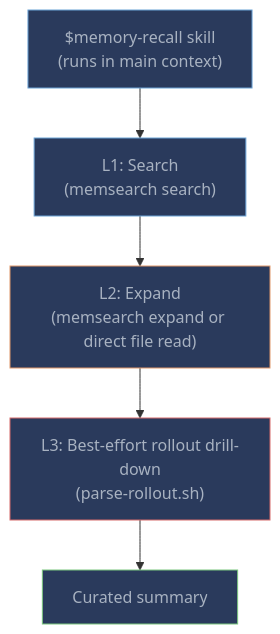
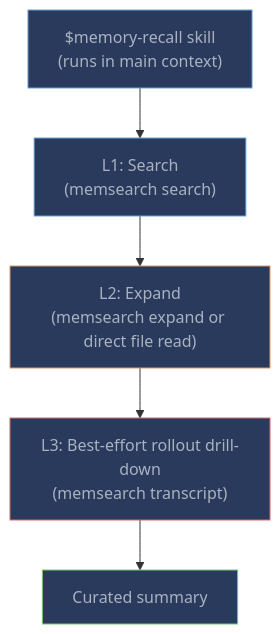
Before and after one commit to JingBh/memsearch: the diagram in docs/platforms/codex/memory-recall.md, drawn with Mermaid. The commit also changed other lines of this file and 78 other files, not shown here.

````diff
--- a/docs/platforms/codex/memory-recall.md
+++ b/docs/platforms/codex/memory-recall.md
@@ -24,14 +24,14 @@
 ```mermaid
 graph TD
     SKILL["$memory-recall skill<br/>(runs in main context)"]
     SKILL --> L1["L1: Search<br/>(memsearch search)"]
     L1 --> L2["L2: Expand<br/>(memsearch expand or direct file read)"]
-    L2 --> L3["L3: Best-effort rollout drill-down<br/>(parse-rollout.sh)"]
+    L2 --> L3["L3: Best-effort rollout drill-down<br/>(memsearch transcript)"]
     L3 --> RETURN["Curated summary"]
 
     style SKILL fill:#2a3a5c,stroke:#6ba3d6,color:#a8b2c1
     style L1 fill:#2a3a5c,stroke:#6ba3d6,color:#a8b2c1
     style L2 fill:#2a3a5c,stroke:#e0976b,color:#a8b2c1
     style L3 fill:#2a3a5c,stroke:#d66b6b,color:#a8b2c1
     style RETURN fill:#2a3a5c,stroke:#7bc67e,color:#a8b2c1
 ```
````
